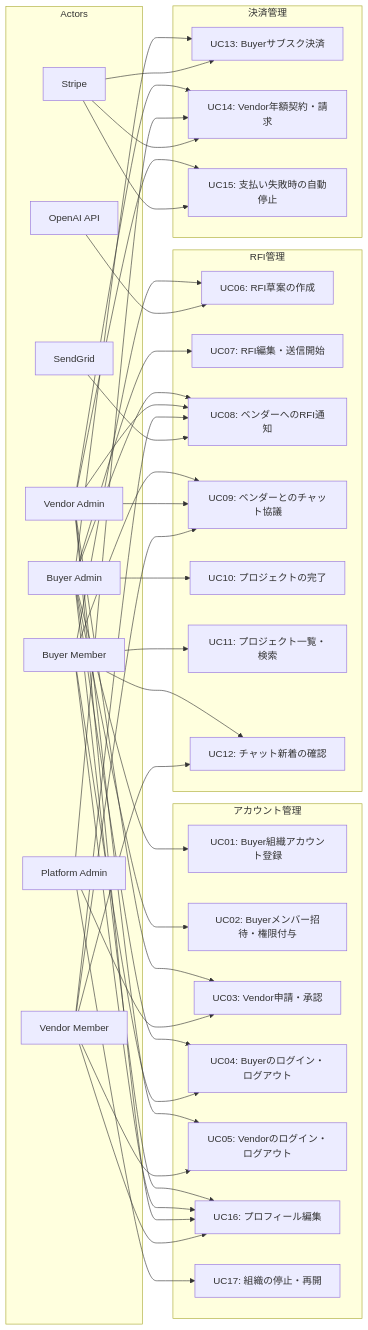
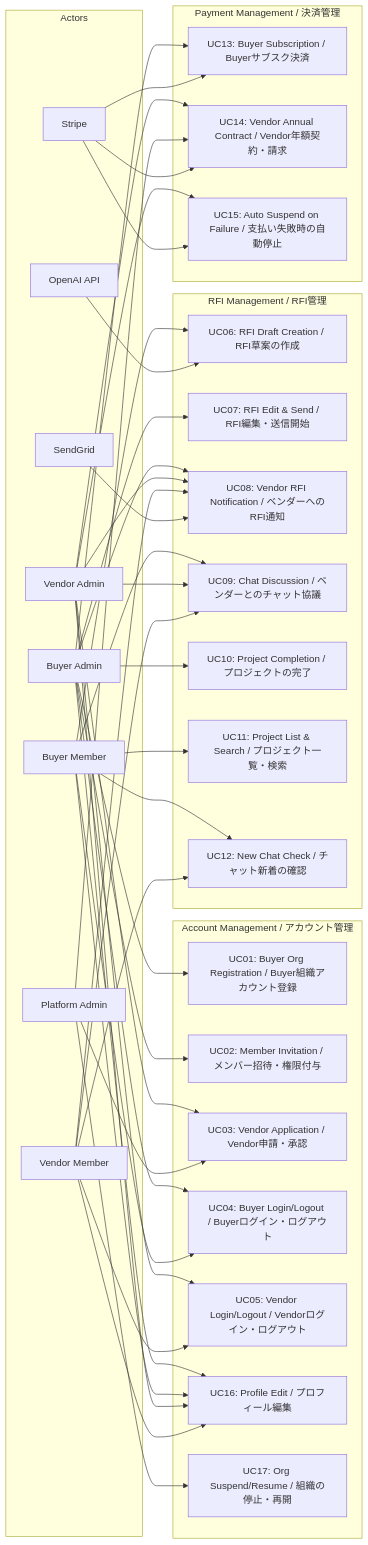
The diagram in docs/UC/index.md (PhamDuBin/pep), drawn with Mermaid before and after one commit. The commit also changed other lines of this file and 30 other files, not shown here.

````diff
--- a/docs/UC/index.md
+++ b/docs/UC/index.md
@@ -5,79 +5,79 @@
 ```mermaid
 graph LR
     subgraph Actors
         BA[Buyer Admin]
         BM[Buyer Member]
         VA[Vendor Admin]
         VM[Vendor Member]
         PA[Platform Admin]
         API[OpenAI API]
         SG[SendGrid]
         ST[Stripe]
     end
 
-    subgraph アカウント管理
-        UC01[UC01: Buyer組織アカウント登録]
-        UC02[UC02: Buyerメンバー招待・権限付与]
-        UC03[UC03: Vendor申請・承認]
-        UC04[UC04: Buyerのログイン・ログアウト]
-        UC05[UC05: Vendorのログイン・ログアウト]
-        UC16[UC16: プロフィール編集]
-        UC17[UC17: 組織の停止・再開]
+    subgraph Account Management / アカウント管理
+        UC01[UC01: Buyer Org Registration / Buyer組織アカウント登録]
+        UC02[UC02: Member Invitation / メンバー招待・権限付与]
+        UC03[UC03: Vendor Application / Vendor申請・承認]
+        UC04[UC04: Buyer Login/Logout / Buyerログイン・ログアウト]
+        UC05[UC05: Vendor Login/Logout / Vendorログイン・ログアウト]
+        UC16[UC16: Profile Edit / プロフィール編集]
+        UC17[UC17: Org Suspend/Resume / 組織の停止・再開]
     end
 
-    subgraph RFI管理
-        UC06[UC06: RFI草案の作成]
-        UC07[UC07: RFI編集・送信開始]
-        UC08[UC08: ベンダーへのRFI通知]
-        UC09[UC09: ベンダーとのチャット協議]
-        UC10[UC10: プロジェクトの完了]
-        UC11[UC11: プロジェクト一覧・検索]
-        UC12[UC12: チャット新着の確認]
+    subgraph RFI Management / RFI管理
+        UC06[UC06: RFI Draft Creation / RFI草案の作成]
+        UC07[UC07: RFI Edit & Send / RFI編集・送信開始]
+        UC08[UC08: Vendor RFI Notification / ベンダーへのRFI通知]
+        UC09[UC09: Chat Discussion / ベンダーとのチャット協議]
+        UC10[UC10: Project Completion / プロジェクトの完了]
+        UC11[UC11: Project List & Search / プロジェクト一覧・検索]
+        UC12[UC12: New Chat Check / チャット新着の確認]
     end
 
-    subgraph 決済管理
-        UC13[UC13: Buyerサブスク決済]
-        UC14[UC14: Vendor年額契約・請求]
-        UC15[UC15: 支払い失敗時の自動停止]
+    subgraph Payment Management / 決済管理
+        UC13[UC13: Buyer Subscription / Buyerサブスク決済]
+        UC14[UC14: Vendor Annual Contract / Vendor年額契約・請求]
+        UC15[UC15: Auto Suspend on Failure / 支払い失敗時の自動停止]
     end
 
     BA --> UC01
     BA --> UC02
     BA --> UC04
     BA --> UC07
     BA --> UC08
     BA --> UC10
     BA --> UC13
     BA --> UC16
 
     BM --> UC04
     BM --> UC06
     BM --> UC09
     BM --> UC11
     BM --> UC12
     BM --> UC16
 
     VA --> UC03
     VA --> UC05
     VA --> UC08
     VA --> UC09
     VA --> UC14
     VA --> UC15
     VA --> UC16
 
     VM --> UC05
     VM --> UC08
     VM --> UC09
     VM --> UC12
     VM --> UC16
 
     PA --> UC03
     PA --> UC14
     PA --> UC17
 
     API --> UC06
     SG --> UC08
     ST --> UC13
     ST --> UC14
     ST --> UC15
 ```
````
